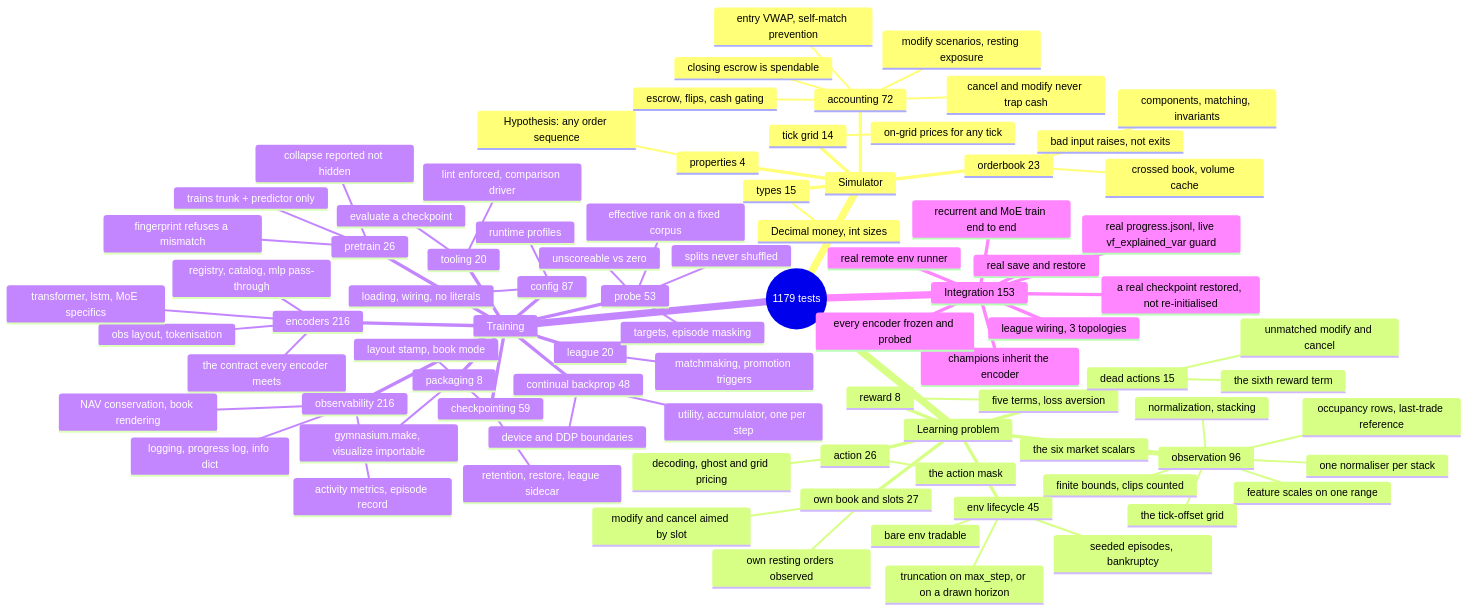
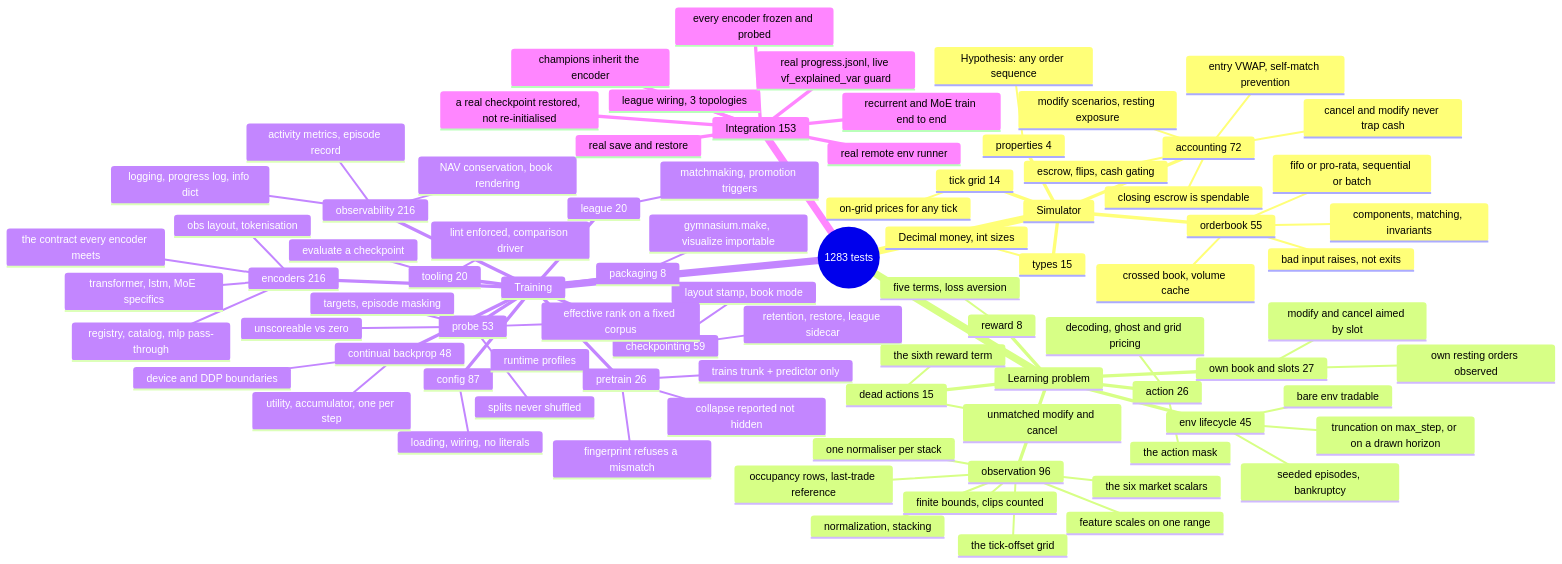
Before and after one commit to ChuaCheowHuan/gym-continuousDoubleAuction: the diagram in doc/10_testing.md, drawn with Mermaid. The commit also changed other lines of this file and 18 other files, not shown here.

````diff
--- a/doc/10_testing.md
+++ b/doc/10_testing.md
@@ -136,11 +138,12 @@
 ```mermaid
 mindmap
-  root((1179 tests))
+  root((1283 tests))
     Simulator
-      orderbook 23
+      orderbook 55
         components, matching, invariants
         crossed book, volume cache
         bad input raises, not exits
+        fifo or pro-rata, sequential or batch
       properties 4
         Hypothesis: any order sequence
       accounting 72
````
